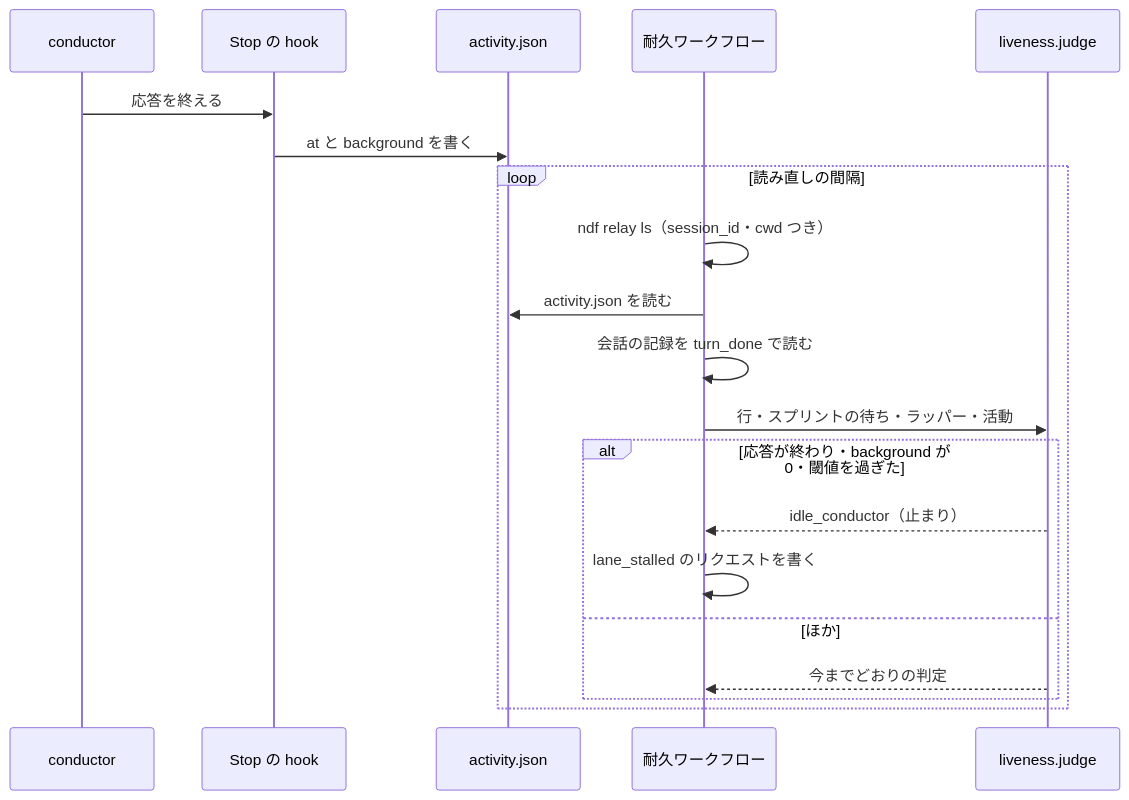
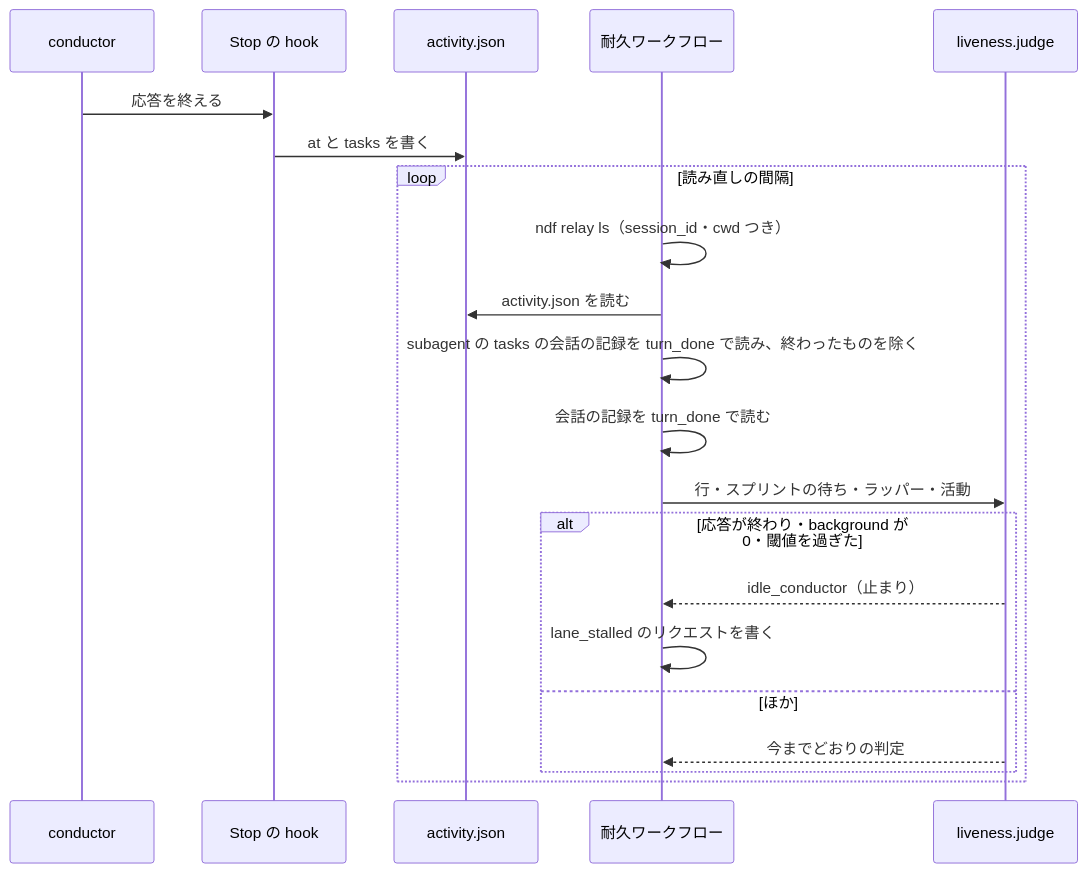
Before and after one commit to devbasex/ai-plugins: the fourth of 4 diagrams in issues/issue-4036-design.md, drawn with Mermaid. The commit also changed other lines of this file and 1 other file, not shown here.

````diff
--- a/issues/issue-4036-design.md
+++ b/issues/issue-4036-design.md
@@ -144,22 +145,23 @@
 ```mermaid
 sequenceDiagram
     participant C as conductor
     participant H as Stop の hook
     participant A as activity.json
     participant D as 耐久ワークフロー
     participant J as liveness.judge
     C->>H: 応答を終える
-    H->>A: at と background を書く
+    H->>A: at と tasks を書く
     loop 読み直しの間隔
         D->>D: ndf relay ls（session_id・cwd つき）
         D->>A: activity.json を読む
+        D->>D: subagent の tasks の会話の記録を turn_done で読み、終わったものを除く
         D->>D: 会話の記録を turn_done で読む
         D->>J: 行・スプリントの待ち・ラッパー・活動
         alt 応答が終わり・background が 0・閾値を過ぎた
             J-->>D: idle_conductor（止まり）
             D->>D: lane_stalled のリクエストを書く
         else ほか
             J-->>D: 今までどおりの判定
         end
     end
 ```
````
